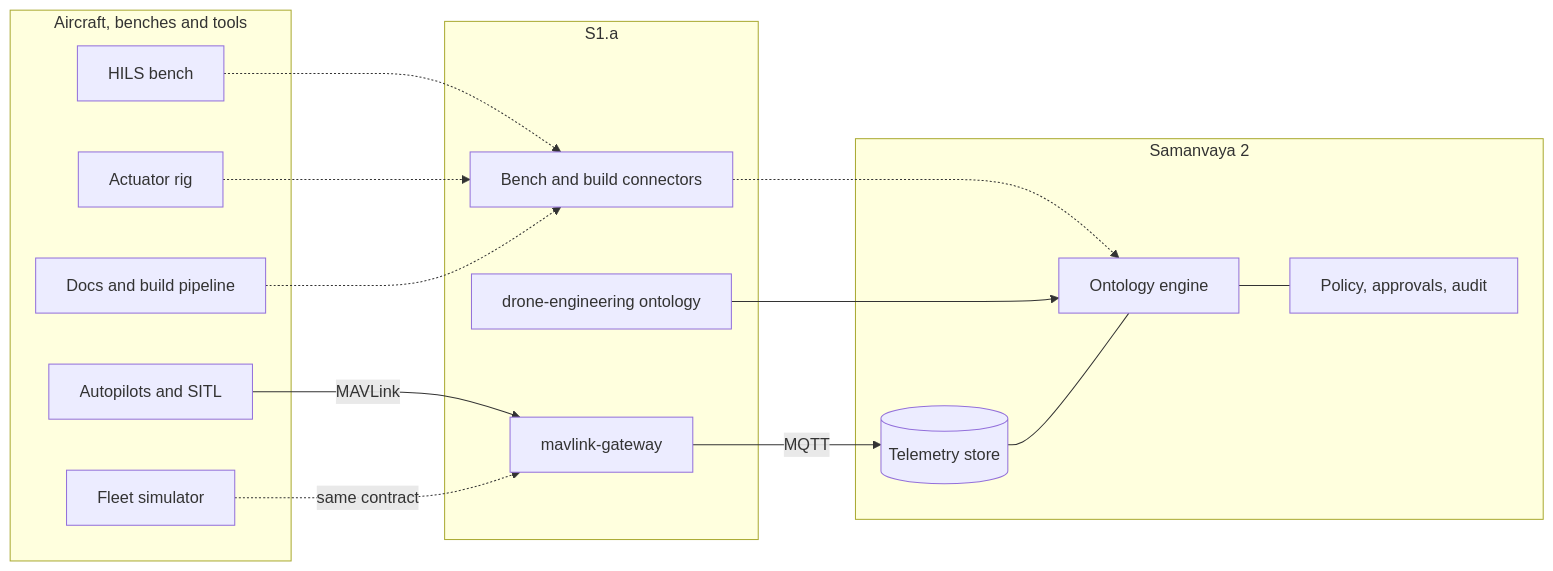
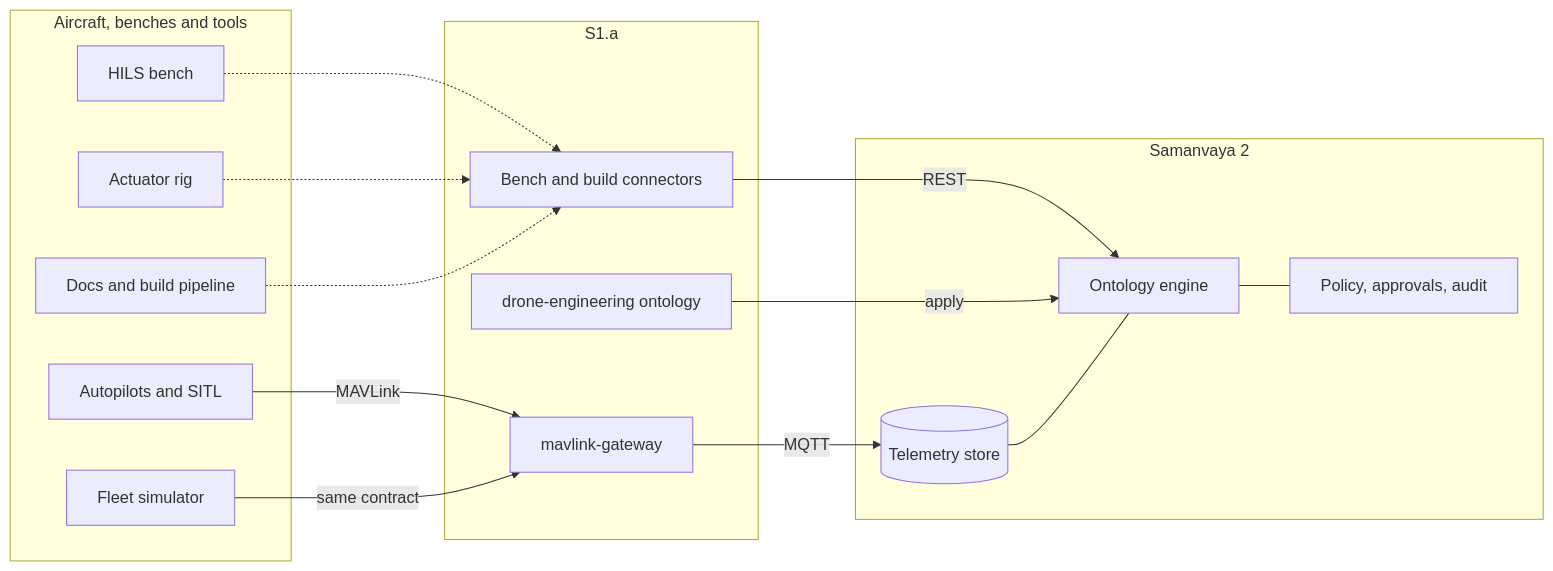
Before and after one commit to veerendra-saraswathi/S1.a: the diagram in README.md, drawn with Mermaid. The commit also changed other lines of this file, not shown here.

````diff
--- a/README.md
+++ b/README.md
@@ -15,29 +26,29 @@
 ```mermaid
 flowchart LR
     subgraph Field["Aircraft, benches and tools"]
         AP[Autopilots and SITL]
         HILS[HILS bench]
         TWIN[Actuator rig]
         SIM[Fleet simulator]
         ENG[Docs and build pipeline]
     end
     subgraph S1a["S1.a"]
         GW[mavlink-gateway]
         CONN[Bench and build connectors]
         PACK[drone-engineering ontology]
     end
     subgraph S2["Samanvaya 2"]
         TS[(Telemetry store)]
         ONT[Ontology engine]
         GOV[Policy, approvals, audit]
     end
     AP -- MAVLink --> GW -- MQTT --> TS
-    SIM -. same contract .-> GW
+    SIM -- same contract --> GW
     HILS -.-> CONN
     TWIN -.-> CONN
     ENG -.-> CONN
-    CONN -.-> ONT
-    PACK --> ONT
+    CONN -- REST --> ONT
+    PACK -- apply --> ONT
     ONT --- GOV
     TS --- ONT
 ```
````
